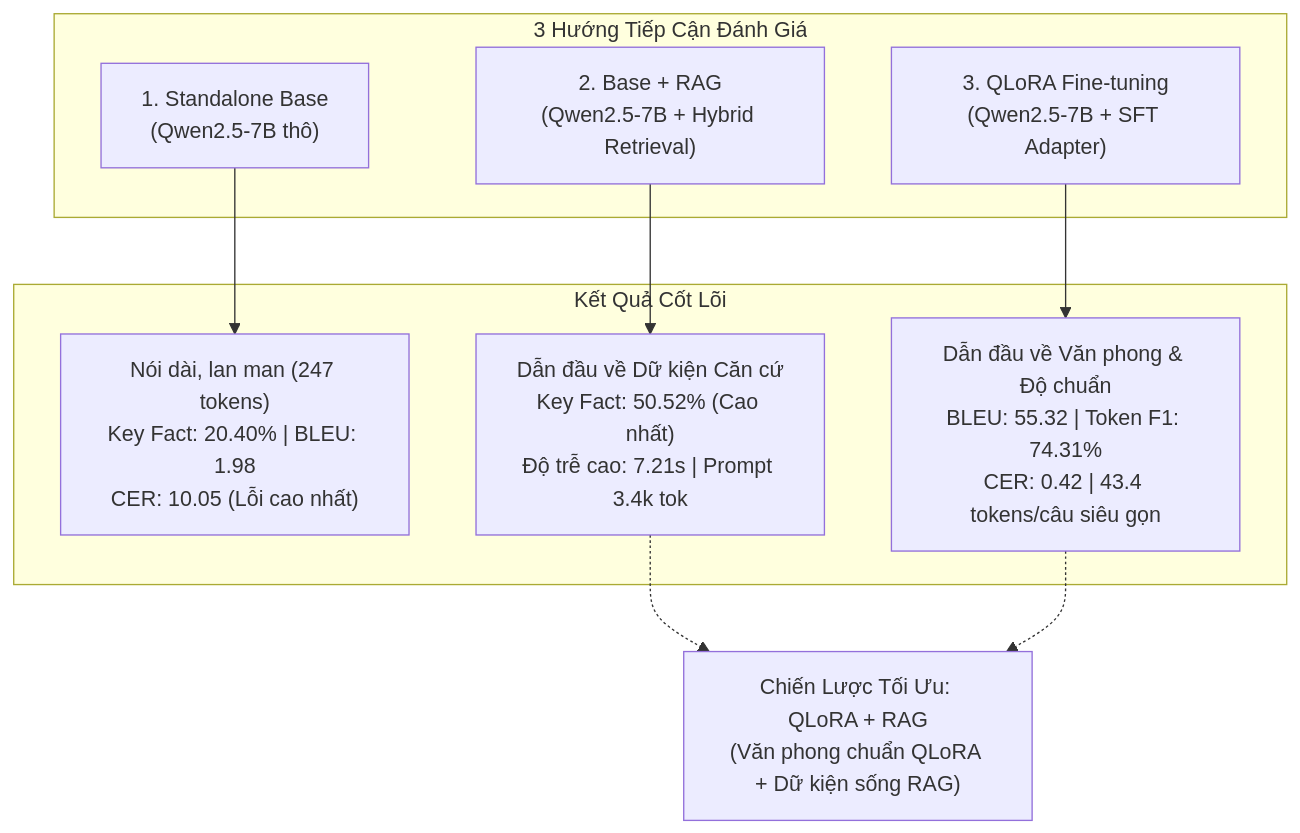
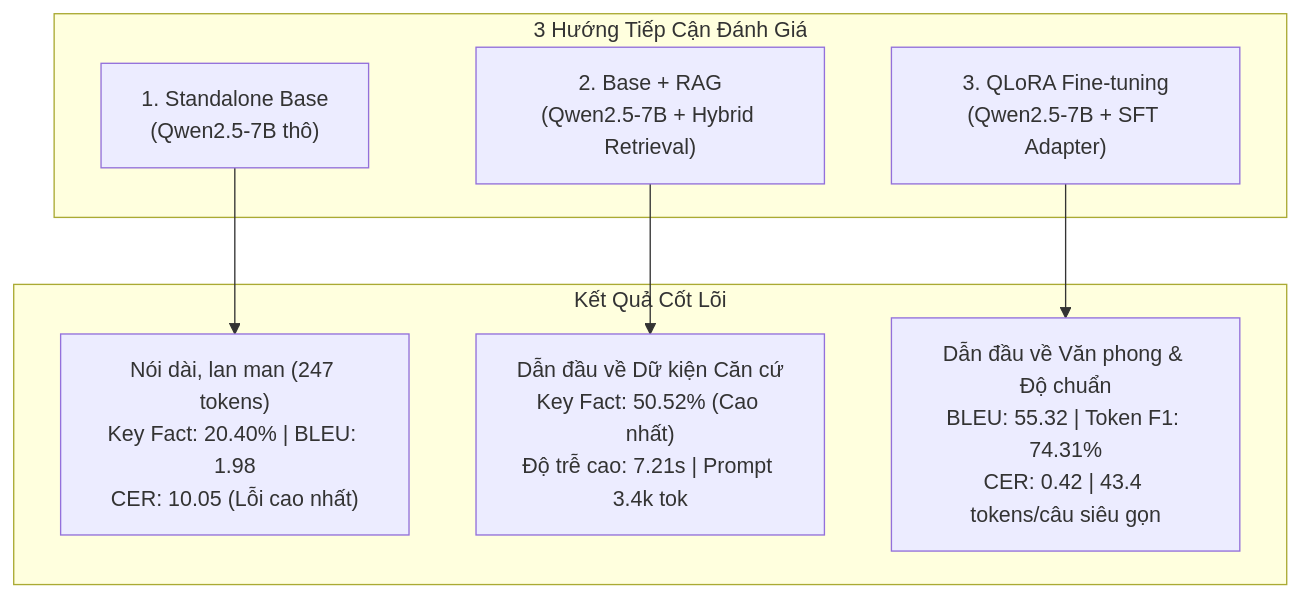
One commit to qtamtensor05/ViGovBot changed the first of 2 diagrams in docs/reports/bao-cao-so-sanh-tong-hop-3-model-base-rag-qlora.md. Above: the diagram before and after it, drawn with Mermaid. The commit also changed other lines of this file and 19 other files, not shown here.

Commit message:
refactor: remove combined qlora rag deployment flow

````diff
--- a/docs/reports/bao-cao-so-sanh-tong-hop-3-model-base-rag-qlora.md
+++ b/docs/reports/bao-cao-so-sanh-tong-hop-3-model-base-rag-qlora.md
@@ -19,17 +19,15 @@
 ```mermaid
 flowchart TD
     subgraph Models["3 Hướng Tiếp Cận Đánh Giá"]
         M1["1. Standalone Base\n(Qwen2.5-7B thô)"]
         M2["2. Base + RAG\n(Qwen2.5-7B + Hybrid Retrieval)"]
         M3["3. QLoRA Fine-tuning\n(Qwen2.5-7B + SFT Adapter)"]
     end
 
     subgraph MetricsSummary["Kết Quả Cốt Lõi"]
         M1 --> R1["Nói dài, lan man (247 tokens)\nKey Fact: 20.40% | BLEU: 1.98\nCER: 10.05 (Lỗi cao nhất)"]
         M2 --> R2["Dẫn đầu về Dữ kiện Căn cứ\nKey Fact: 50.52% (Cao nhất)\nĐộ trễ cao: 7.21s | Prompt 3.4k tok"]
         M3 --> R3["Dẫn đầu về Văn phong & Độ chuẩn\nBLEU: 55.32 | Token F1: 74.31%\nCER: 0.42 | 43.4 tokens/câu siêu gọn"]
     end
 
-    R2 -.-> Synergy["Chiến Lược Tối Ưu: QLoRA + RAG\n(Văn phong chuẩn QLoRA + Dữ kiện sống RAG)"]
-    R3 -.-> Synergy
 ```
````
